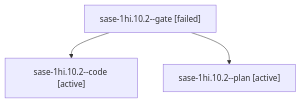
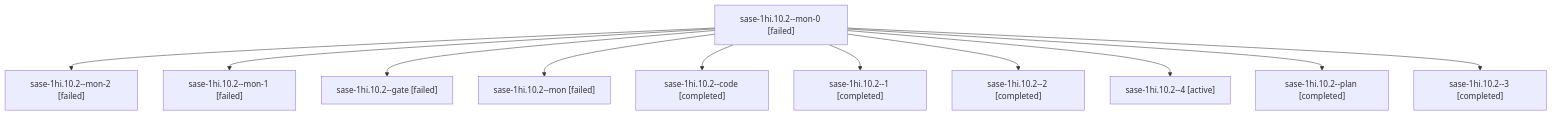
The diagram in sessions/bbugyi200.apollo.sase-1hi.10.2.md (sase-org/sase--agents), drawn with Mermaid before and after one commit. The commit also changed other lines of this file and 121 other files, not shown here.

````diff
--- a/sessions/bbugyi200.apollo.sase-1hi.10.2.md
+++ b/sessions/bbugyi200.apollo.sase-1hi.10.2.md
@@ -9,8 +9,24 @@
 ```mermaid
 flowchart TD
-  n0["sase-1hi.10.2--gate [failed]"]
-  n1["sase-1hi.10.2--code [active]"]
+  n0["sase-1hi.10.2--mon-0 [failed]"]
+  n1["sase-1hi.10.2--mon-2 [failed]"]
   n0 --> n1
-  n2["sase-1hi.10.2--plan [active]"]
+  n2["sase-1hi.10.2--mon-1 [failed]"]
   n0 --> n2
+  n3["sase-1hi.10.2--gate [failed]"]
+  n0 --> n3
+  n4["sase-1hi.10.2--mon [failed]"]
+  n0 --> n4
+  n5["sase-1hi.10.2--code [completed]"]
+  n0 --> n5
+  n6["sase-1hi.10.2--1 [completed]"]
+  n0 --> n6
+  n7["sase-1hi.10.2--2 [completed]"]
+  n0 --> n7
+  n8["sase-1hi.10.2--4 [active]"]
+  n0 --> n8
+  n9["sase-1hi.10.2--plan [completed]"]
+  n0 --> n9
+  n10["sase-1hi.10.2--3 [completed]"]
+  n0 --> n10
 ```
````
